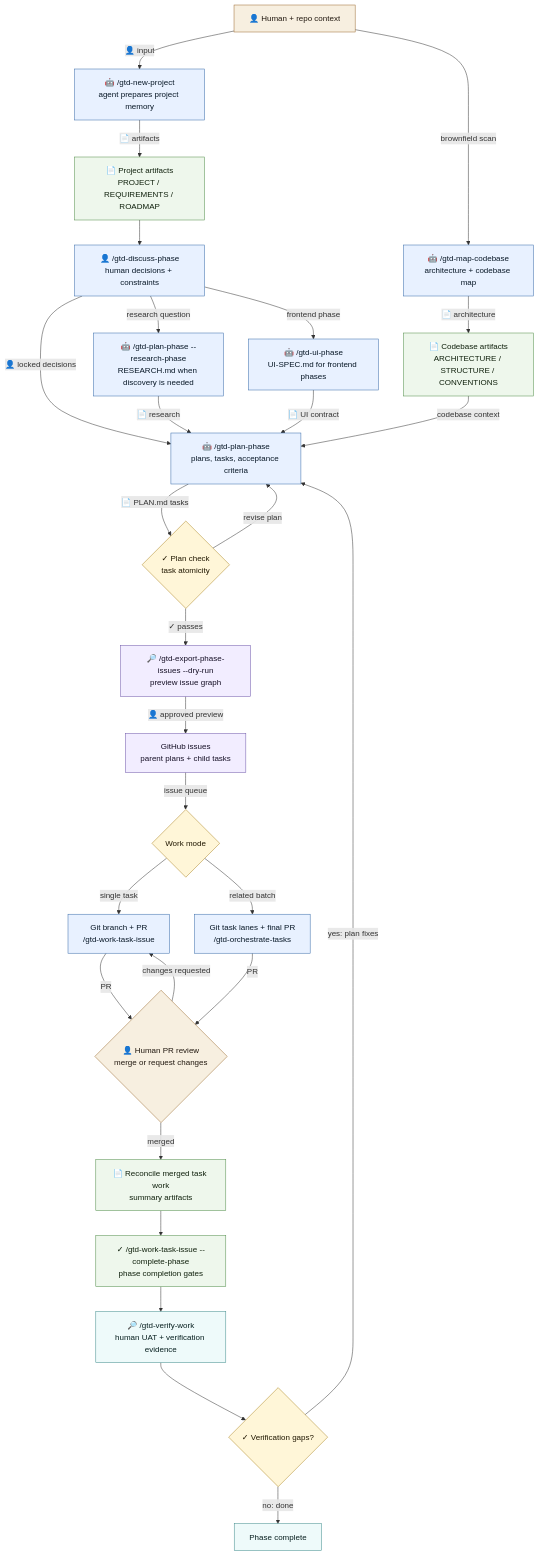
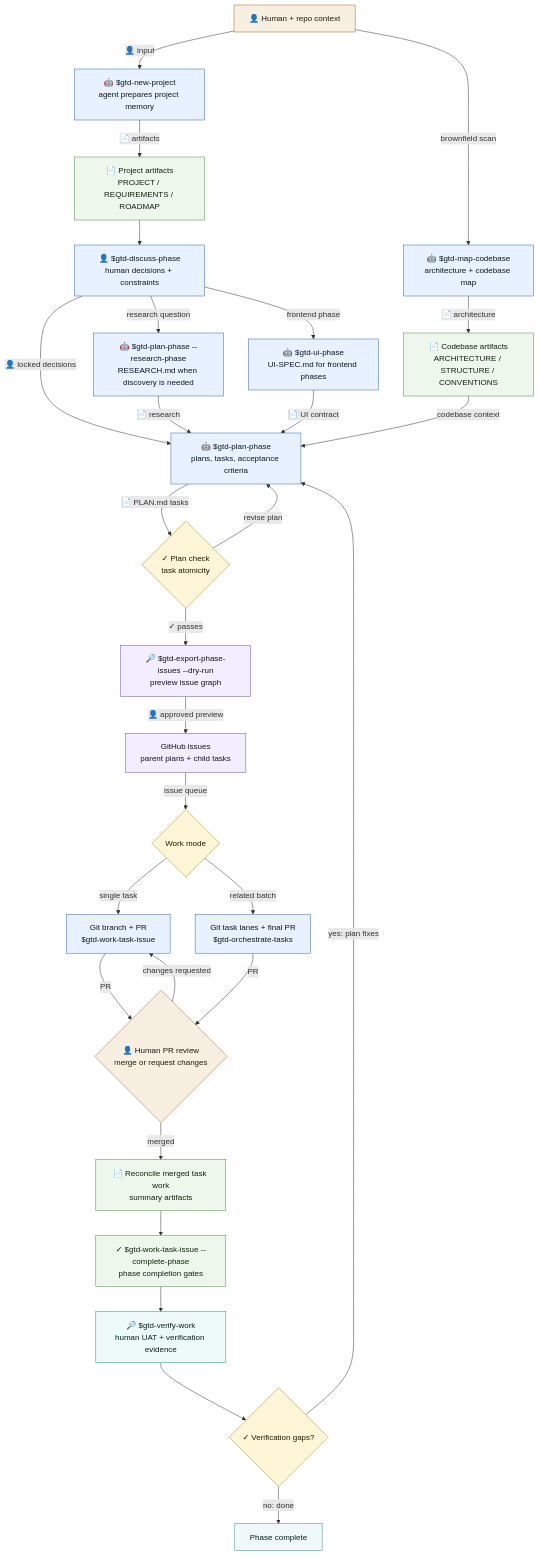
One commit to ai-is-gonna/get-tasks-done changed the diagram in README.md. Above: the diagram before and after it, drawn with Mermaid. The commit also changed other lines of this file, not shown here.

````diff
--- a/README.md
+++ b/README.md
@@ -112,65 +108,65 @@
 ```mermaid
 flowchart TD
     A["👤 Human + repo context"]
     B["📄 Project artifacts<br/>PROJECT / REQUIREMENTS / ROADMAP"]
-    X["🤖 /gtd-map-codebase<br/>architecture + codebase map"]
+    X["🤖 $gtd-map-codebase<br/>architecture + codebase map"]
     Y["📄 Codebase artifacts<br/>ARCHITECTURE / STRUCTURE / CONVENTIONS"]
-    C["🤖 /gtd-new-project<br/>agent prepares project memory"]
-    D["👤 /gtd-discuss-phase<br/>human decisions + constraints"]
-    R["🤖 /gtd-plan-phase --research-phase<br/>RESEARCH.md when discovery is needed"]
-    U["🤖 /gtd-ui-phase<br/>UI-SPEC.md for frontend phases"]
-    E["🤖 /gtd-plan-phase<br/>plans, tasks, acceptance criteria"]
+    C["🤖 $gtd-new-project<br/>agent prepares project memory"]
+    D["👤 $gtd-discuss-phase<br/>human decisions + constraints"]
+    R["🤖 $gtd-plan-phase --research-phase<br/>RESEARCH.md when discovery is needed"]
+    U["🤖 $gtd-ui-phase<br/>UI-SPEC.md for frontend phases"]
+    E["🤖 $gtd-plan-phase<br/>plans, tasks, acceptance criteria"]
     F{"✓ Plan check<br/>task atomicity"}
-    G["🔎 /gtd-export-phase-issues --dry-run<br/>preview issue graph"]
+    G["🔎 $gtd-export-phase-issues --dry-run<br/>preview issue graph"]
     H["GitHub issues<br/>parent plans + child tasks"]
     I{"Work mode"}
-    J["Git branch + PR<br/>/gtd-work-task-issue"]
-    K["Git task lanes + final PR<br/>/gtd-orchestrate-tasks"]
+    J["Git branch + PR<br/>$gtd-work-task-issue"]
+    K["Git task lanes + final PR<br/>$gtd-orchestrate-tasks"]
     L{"👤 Human PR review<br/>merge or request changes"}
     M["📄 Reconcile merged task work<br/>summary artifacts"]
-    N["✓ /gtd-work-task-issue --complete-phase<br/>phase completion gates"]
-    O["🔎 /gtd-verify-work<br/>human UAT + verification evidence"]
+    N["✓ $gtd-work-task-issue --complete-phase<br/>phase completion gates"]
+    O["🔎 $gtd-verify-work<br/>human UAT + verification evidence"]
     P{"✓ Verification gaps?"}
 
     A -->|"👤 input"| C
     A -->|"brownfield scan"| X
     X -->|"📄 architecture"| Y
     Y -->|"codebase context"| E
     C -->|"📄 artifacts"| B
     B --> D
     D -->|"👤 locked decisions"| E
     D -->|"research question"| R
     R -->|"📄 research"| E
     D -->|"frontend phase"| U
     U -->|"📄 UI contract"| E
     E -->|"📄 PLAN.md tasks"| F
     F -->|"revise plan"| E
     F -->|"✓ passes"| G
     G -->|"👤 approved preview"| H
     H -->|"issue queue"| I
     I -->|"single task"| J
     I -->|"related batch"| K
     J -->|"PR"| L
     K -->|"PR"| L
     L -->|"changes requested"| J
     L -->|"merged"| M
     M --> N
     N --> O
     O --> P
     P -->|"yes: plan fixes"| E
     P -->|"no: done"| Q["Phase complete"]
 
     classDef human fill:#f7efe0,stroke:#9b6a2f,color:#21180f
     classDef agent fill:#e8f1ff,stroke:#3569a8,color:#081827
     classDef artifact fill:#eef7ec,stroke:#4f8b46,color:#10210d
     classDef git fill:#f2edff,stroke:#6d55a8,color:#161026
     classDef gate fill:#fff6d8,stroke:#aa8523,color:#201700
     classDef verify fill:#eefafa,stroke:#3d8a8a,color:#071f1f
 
     class A,L human
     class C,D,E,J,K,R,U,X agent
     class B,M,N,Y artifact
     class G,H git
     class F,I,P gate
     class O,Q verify
 ```
````
